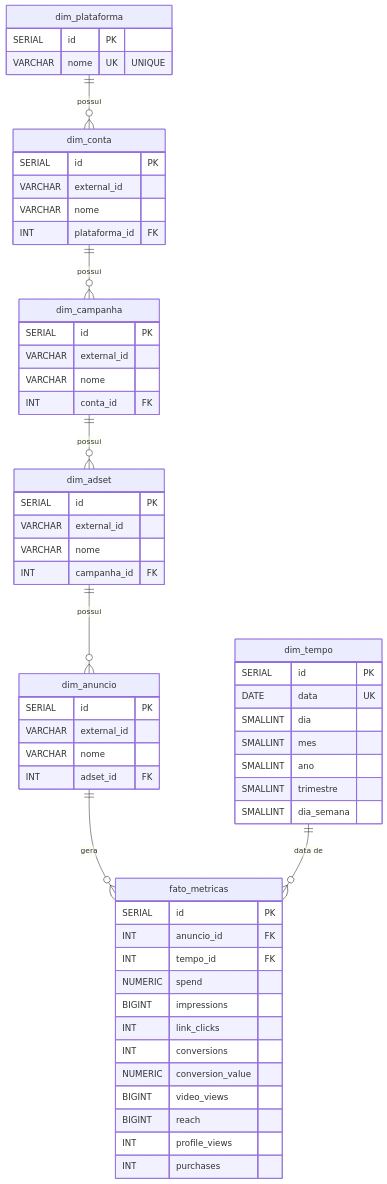
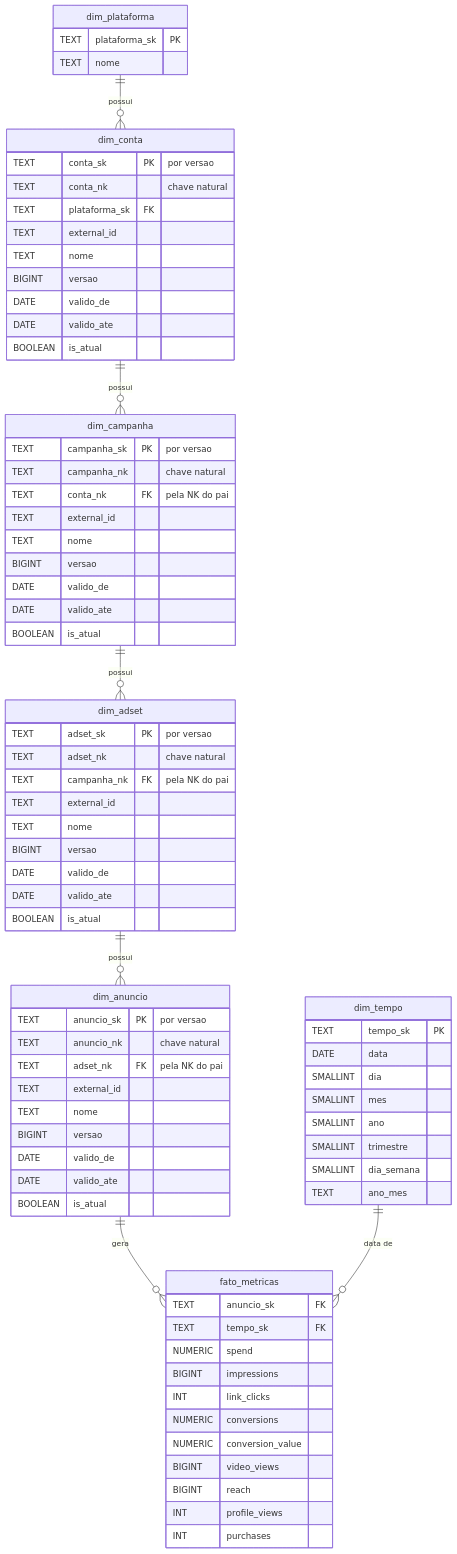
The diagram in docs/der.md (pedropaulo-d/pipeline_marketing), drawn with Mermaid before and after one commit. The commit also changed other lines of this file and 17 other files, not shown here.

```diff
--- a/docs/der.md
+++ b/docs/der.md
@@ -16,56 +23,76 @@
     dim_tempo      ||--o{ fato_metricas : "data de"
 
     dim_plataforma {
-        SERIAL   id PK
-        VARCHAR  nome UK "UNIQUE"
+        TEXT     plataforma_sk PK
+        TEXT     nome
     }
 
     dim_conta {
-        SERIAL   id PK
-        VARCHAR  external_id
-        VARCHAR  nome
-        INT      plataforma_id FK
+        TEXT     conta_sk PK "por versao"
+        TEXT     conta_nk "chave natural"
+        TEXT     plataforma_sk FK
+        TEXT     external_id
+        TEXT     nome
+        BIGINT   versao
+        DATE     valido_de
+        DATE     valido_ate
+        BOOLEAN  is_atual
     }
 
     dim_campanha {
-        SERIAL   id PK
-        VARCHAR  external_id
-        VARCHAR  nome
-        INT      conta_id FK
+        TEXT     campanha_sk PK "por versao"
+        TEXT     campanha_nk "chave natural"
+        TEXT     conta_nk FK "pela NK do pai"
+        TEXT     external_id
+        TEXT     nome
+        BIGINT   versao
+        DATE     valido_de
+        DATE     valido_ate
+        BOOLEAN  is_atual
     }
 
     dim_adset {
-        SERIAL   id PK
-        VARCHAR  external_id
-        VARCHAR  nome
-        INT      campanha_id FK
+        TEXT     adset_sk PK "por versao"
+        TEXT     adset_nk "chave natural"
+        TEXT     campanha_nk FK "pela NK do pai"
+        TEXT     external_id
+        TEXT     nome
+        BIGINT   versao
+        DATE     valido_de
+        DATE     valido_ate
+        BOOLEAN  is_atual
     }
 
     dim_anuncio {
-        SERIAL   id PK
-        VARCHAR  external_id
-        VARCHAR  nome
-        INT      adset_id FK
+        TEXT     anuncio_sk PK "por versao"
+        TEXT     anuncio_nk "chave natural"
+        TEXT     adset_nk FK "pela NK do pai"
+        TEXT     external_id
+        TEXT     nome
+        BIGINT   versao
+        DATE     valido_de
+        DATE     valido_ate
+        BOOLEAN  is_atual
     }
 
     dim_tempo {
-        SERIAL   id PK
-        DATE     data UK
+        TEXT     tempo_sk PK
+        DATE     data
         SMALLINT dia
         SMALLINT mes
         SMALLINT ano
         SMALLINT trimestre
         SMALLINT dia_semana
+        TEXT     ano_mes
     }
 
     fato_metricas {
-        SERIAL  id PK
-        INT     anuncio_id FK
-        INT     tempo_id FK
+        TEXT    anuncio_sk FK
+        TEXT    tempo_sk FK
         NUMERIC spend
         BIGINT  impressions
         INT     link_clicks
-        INT     conversions
+        NUMERIC conversions
         NUMERIC conversion_value
         BIGINT  video_views
         BIGINT  reach
```
